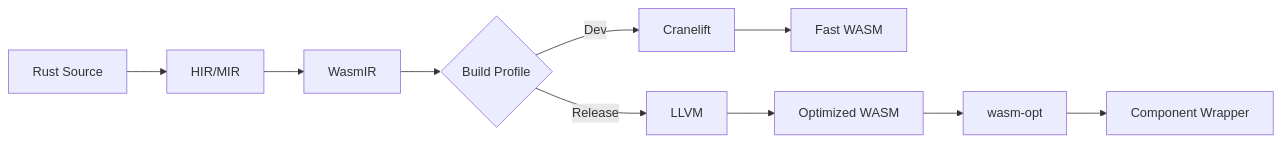
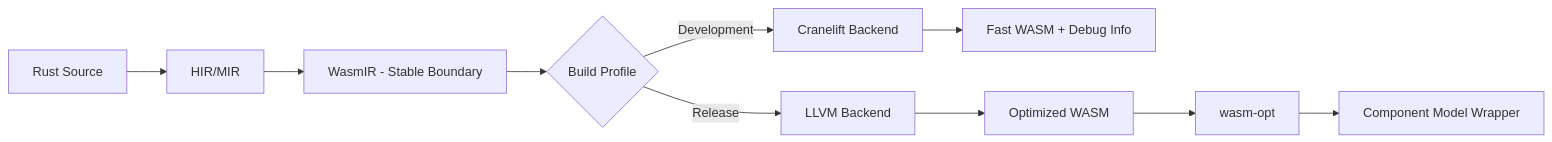
Before and after one commit to yum-chen/wasm-rust: the second of 2 diagrams in ReadMe.md, drawn with Mermaid. The commit also changed other lines of this file, not shown here.

````diff
--- a/ReadMe.md
+++ b/ReadMe.md
@@ -177,12 +256,12 @@
 ```mermaid
 graph LR
     A[Rust Source] --> B[HIR/MIR]
-    B --> C[WasmIR]
+    B --> C[WasmIR - Stable Boundary]
     C --> D{Build Profile}
-    D -->|Dev| E[Cranelift]
-    D -->|Release| F[LLVM]
-    E --> G[Fast WASM]
+    D -->|Development| E[Cranelift Backend]
+    D -->|Release| F[LLVM Backend]
+    E --> G[Fast WASM + Debug Info]
     F --> H[Optimized WASM]
     H --> I[wasm-opt]
-    I --> J[Component Wrapper]
+    I --> J[Component Model Wrapper]
 ```
````
